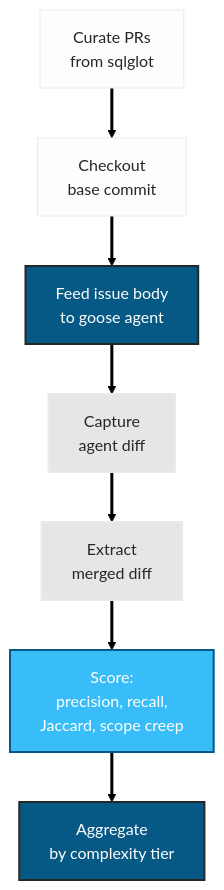
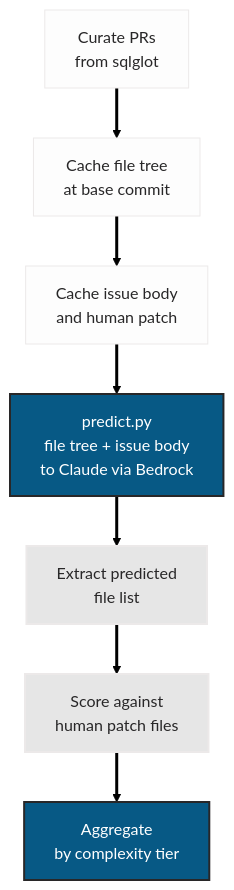
Before and after one commit to clouatre-labs/sre-shadow-replay: the diagram in README.md, drawn with Mermaid (forest theme). The commit also changed other lines of this file and 1 other file, not shown here.

````diff
--- a/README.md
+++ b/README.md
@@ -42,21 +34,19 @@
 ```mermaid
 graph TD
-    A[Curate PRs<br/>from sqlglot] --> B[Checkout<br/>base commit]
-    B --> C[Feed issue body<br/>to goose agent]
-    C --> D[Capture<br/>agent diff]
-    D --> E[Extract<br/>merged diff]
-    E --> F[Score:<br/>precision, recall,<br/>Jaccard, scope creep]
+    A[Curate PRs<br/>from sqlglot] --> B[Cache file tree<br/>at base commit]
+    B --> C[Cache issue body<br/>and human patch]
+    C --> D[predict.py<br/>file tree + issue body<br/>to Claude via Bedrock]
+    D --> E[Extract predicted<br/>file list]
+    E --> F[Score against<br/>human patch files]
     F --> G[Aggregate<br/>by complexity tier]
 
     classDef primary fill:#075985,stroke:#282728,stroke-width:2px,color:#fff
     classDef secondary fill:#e6e6e6,stroke:#ece9e9,stroke-width:2px,color:#282728
-    classDef accent fill:#38bdf8,stroke:#075985,stroke-width:2px,color:#fff
     classDef muted fill:#fdfdfd,stroke:#ece9e9,stroke-width:1px,color:#282728
     linkStyle default stroke-width:3px
 
-    class A,B muted
-    class C primary
-    class D,E secondary
-    class F accent
+    class A,B,C muted
+    class D primary
+    class E,F secondary
     class G primary
 ```
````
